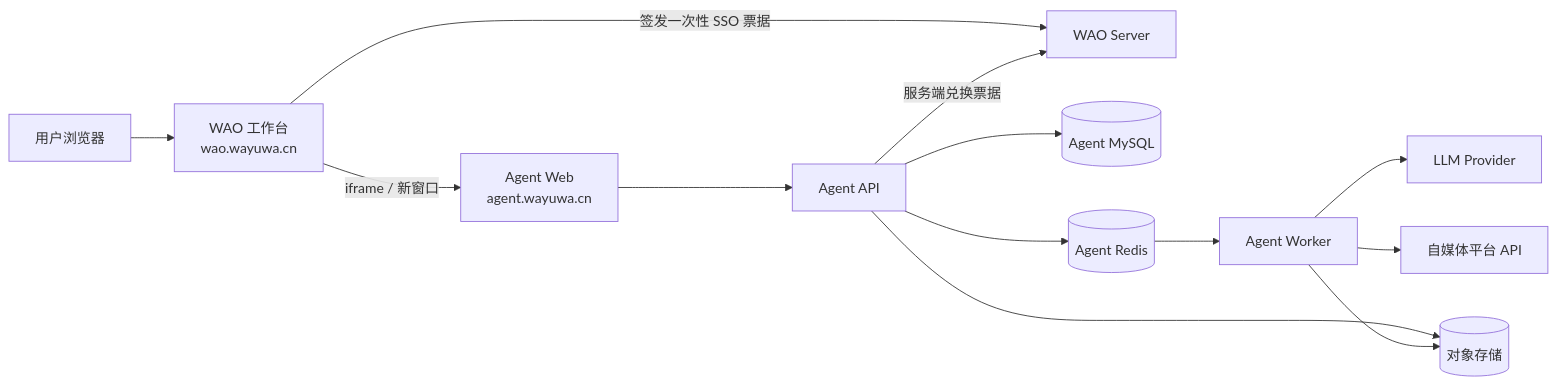
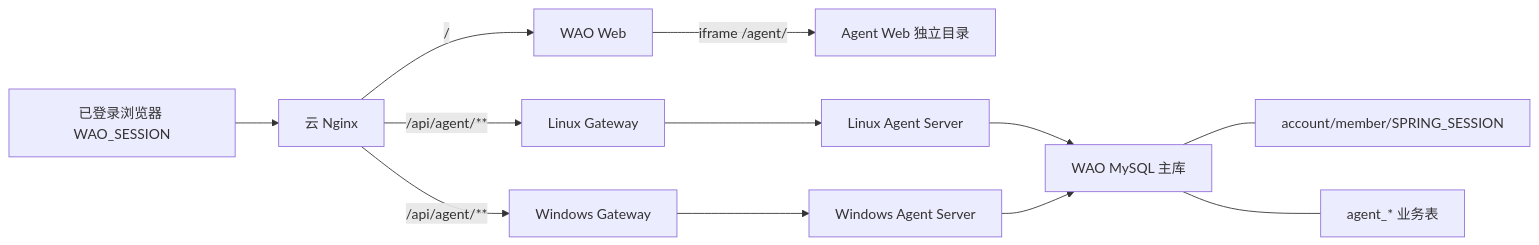
One commit to wayuwadi/wao changed the diagram in docs/architecture/media-automation-agent.md. Above: the diagram before and after it, drawn with Mermaid. The commit also changed other lines of this file and 16 other files, not shown here.

````diff
--- a/docs/architecture/media-automation-agent.md
+++ b/docs/architecture/media-automation-agent.md
@@ -32,15 +9,14 @@
 ```mermaid
 flowchart LR
-    User["用户浏览器"] --> WAO["WAO 工作台<br/>wao.wayuwa.cn"]
-    WAO -->|"iframe / 新窗口"| AgentWeb["Agent Web<br/>agent.wayuwa.cn"]
-    WAO -->|"签发一次性 SSO 票据"| WaoServer["WAO Server"]
-    AgentWeb --> AgentApi["Agent API"]
-    AgentApi -->|"服务端兑换票据"| WaoServer
-    AgentApi --> Mysql[("Agent MySQL")]
-    AgentApi --> Redis[("Agent Redis")]
-    AgentApi --> ObjectStore[("对象存储")]
-    Redis --> Worker["Agent Worker"]
-    Worker --> Llm["LLM Provider"]
-    Worker --> Platform["自媒体平台 API"]
-    Worker --> ObjectStore
+    U["已登录浏览器 WAO_SESSION"] --> N["云 Nginx"]
+    N -->|/| WW["WAO Web"]
+    WW -->|iframe /agent/| AW["Agent Web 独立目录"]
+    N -->|/api/agent/**| GM["Linux Gateway"]
+    N -->|/api/agent/**| GS["Windows Gateway"]
+    GM --> AM["Linux Agent Server"]
+    GS --> AS["Windows Agent Server"]
+    AM --> DB["WAO MySQL 主库"]
+    AS --> DB
+    DB --- ID["account/member/SPRING_SESSION"]
+    DB --- AD["agent_* 业务表"]
 ```
````
